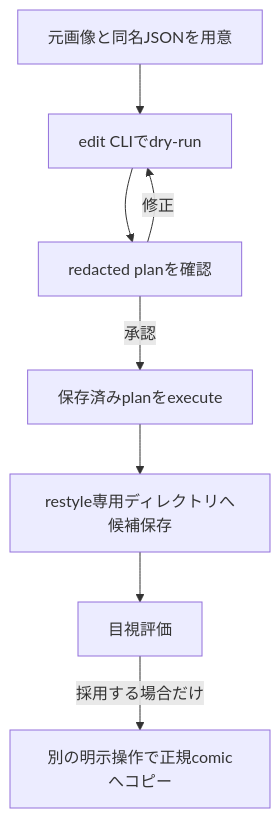
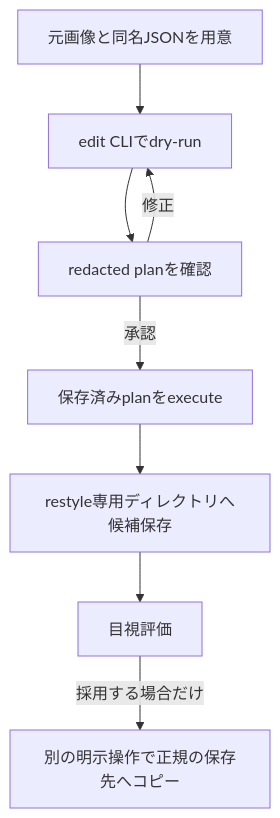
The diagram in docs/image-generation/image-provider-edit.md (kavao/monogatari-coach), drawn with Mermaid before and after one commit. The commit also changed other lines of this file and 16 other files, not shown here.

````diff
--- a/docs/image-generation/image-provider-edit.md
+++ b/docs/image-generation/image-provider-edit.md
@@ -20,10 +20,10 @@
 ```mermaid
 flowchart TD
     A[元画像と同名JSONを用意] --> B[edit CLIでdry-run]
     B --> C[redacted planを確認]
     C -->|承認| D[保存済みplanをexecute]
     C -->|修正| B
     D --> E[restyle専用ディレクトリへ候補保存]
     E --> F[目視評価]
-    F -->|採用する場合だけ| G[別の明示操作で正規comicへコピー]
+    F -->|採用する場合だけ| G[別の明示操作で正規の保存先へコピー]
 ```
````
